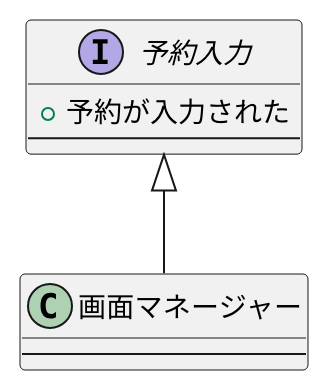
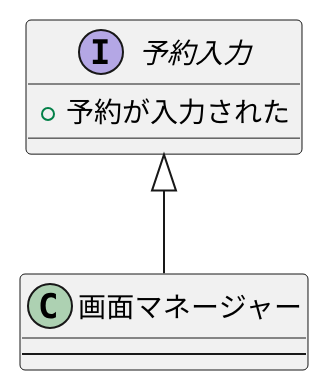
The diagram in 例題3-1_予約入力インターフェース.pu (isio2/uml-introduction), drawn with PlantUML before and after one commit.

Commit message:
変更

```diff
--- a/例題3-1_予約入力インターフェース.pu
+++ b/例題3-1_予約入力インターフェース.pu
@@ -1,10 +1,9 @@
 @startuml
 class 画面マネージャー{
 ---
 }
 interface 予約入力{
 +予約が入力された
----
 }
 予約入力 <|-- 画面マネージャー
 @enduml
```
